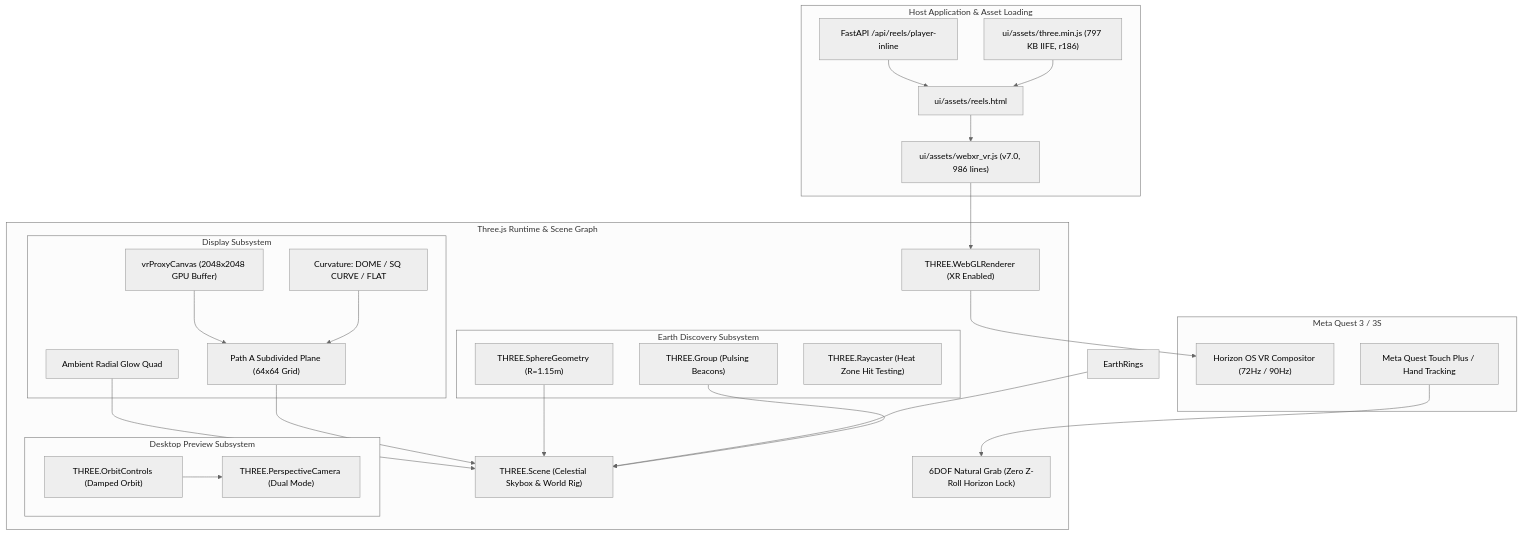
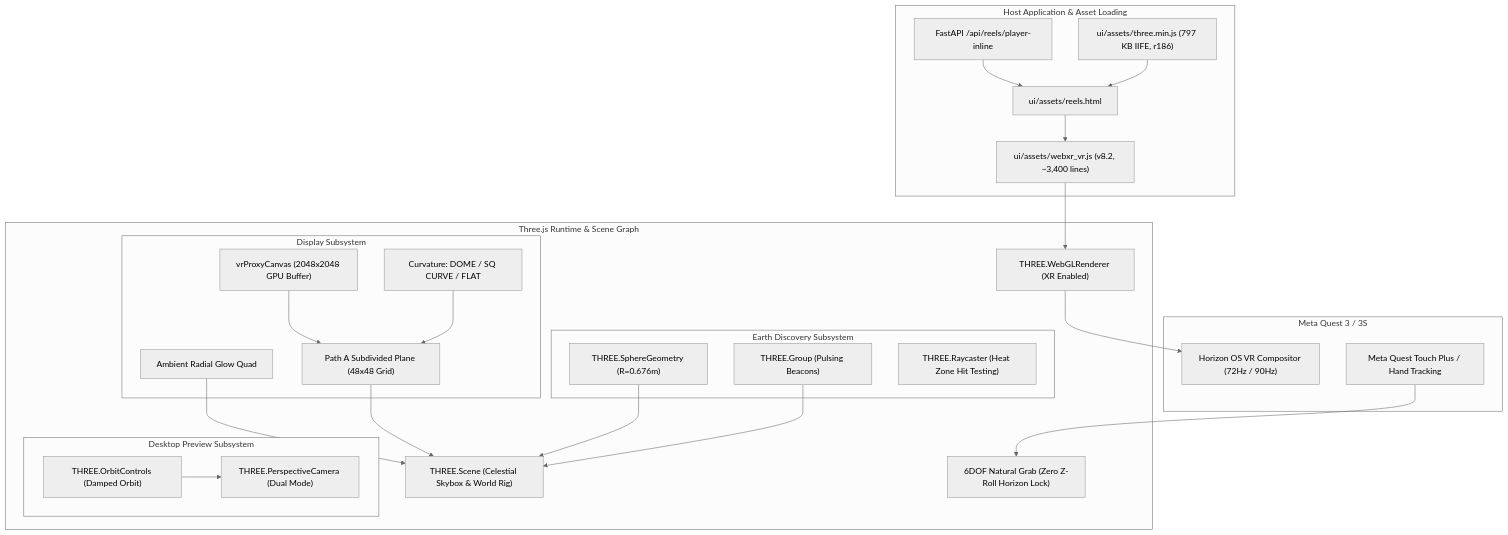
Before and after one commit to LeDHoang/videoextendersquare: the diagram in docs/threejs-vr-implementation-plan.md, drawn with Mermaid (neutral theme). The commit also changed other lines of this file and 3 other files, not shown here.

````diff
--- a/docs/threejs-vr-implementation-plan.md
+++ b/docs/threejs-vr-implementation-plan.md
@@ -81,55 +87,53 @@
 ```mermaid
 flowchart TB
     subgraph HostApp["Host Application & Asset Loading"]
         API["FastAPI /api/reels/player-inline"]
         HTML["ui/assets/reels.html"]
         Vendor["ui/assets/three.min.js (797 KB IIFE, r186)"]
-        VRModule["ui/assets/webxr_vr.js (v7.0, 986 lines)"]
+        VRModule["ui/assets/webxr_vr.js (v8.2, ~3,400 lines)"]
     end
 
     subgraph ThreeBridge["Three.js Runtime & Scene Graph"]
         Renderer["THREE.WebGLRenderer (XR Enabled)"]
         Scene["THREE.Scene (Celestial Skybox & World Rig)"]
         
         subgraph DisplaySubsystem["Display Subsystem"]
-            Mesh["Path A Subdivided Plane (64x64 Grid)"]
+            Mesh["Path A Subdivided Plane (48x48 Grid)"]
             Proxy["vrProxyCanvas (2048x2048 GPU Buffer)"]
             Glow["Ambient Radial Glow Quad"]
             Curvature["Curvature: DOME / SQ CURVE / FLAT"]
         end
 
         subgraph EarthSubsystem["Earth Discovery Subsystem"]
-            EarthMesh["THREE.SphereGeometry (R=1.15m)"]
-            EarthPins["THREE.Group (Pulsing Beacons)"]
+            EarthMesh["THREE.SphereGeometry (R=0.676m)"]
             EarthPins["THREE.Group (Pulsing Beacons)"]
             EarthRay["THREE.Raycaster (Heat Zone Hit Testing)"]
         end
 
         subgraph PreviewSubsystem["Desktop Preview Subsystem"]
             Orbit["THREE.OrbitControls (Damped Orbit)"]
             Camera["THREE.PerspectiveCamera (Dual Mode)"]
         end
 
         Input["6DOF Natural Grab (Zero Z-Roll Horizon Lock)"]
     end
 
     subgraph Headset["Meta Quest 3 / 3S"]
         Compositor["Horizon OS VR Compositor (72Hz / 90Hz)"]
         Touch["Meta Quest Touch Plus / Hand Tracking"]
     end
 
     API --> HTML
     Vendor --> HTML
     HTML --> VRModule
     VRModule --> Renderer
     Proxy --> Mesh
     Curvature --> Mesh
     Glow --> Scene
     Mesh --> Scene
     EarthMesh --> Scene
-    EarthRings --> Scene
     EarthPins --> Scene
     Orbit --> Camera
     Renderer --> Compositor
     Touch --> Input
 ```
````
